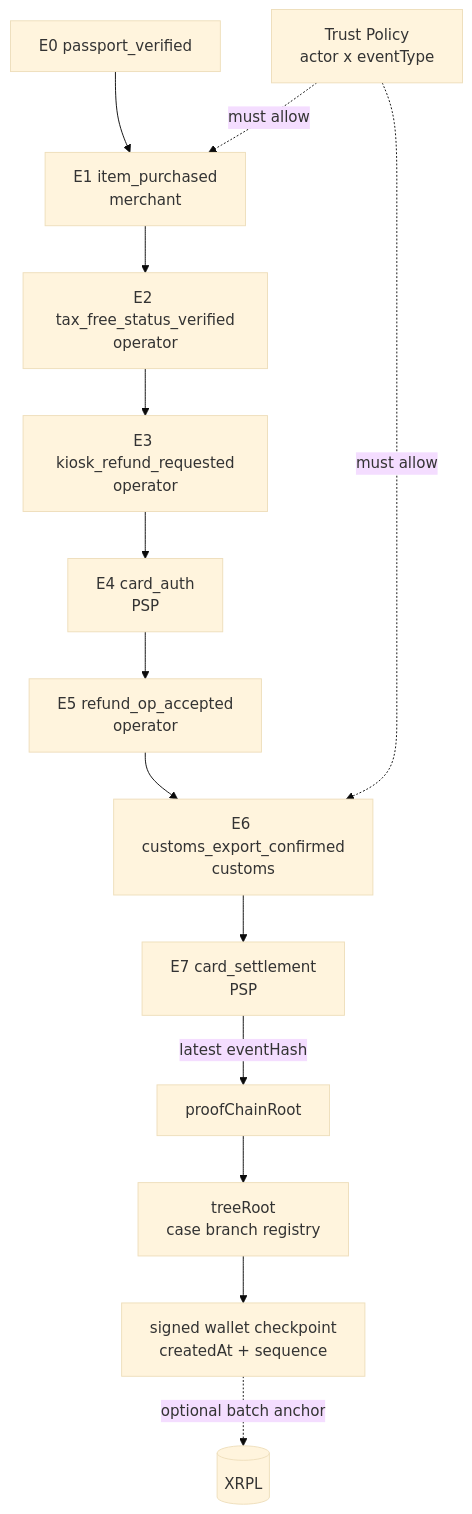
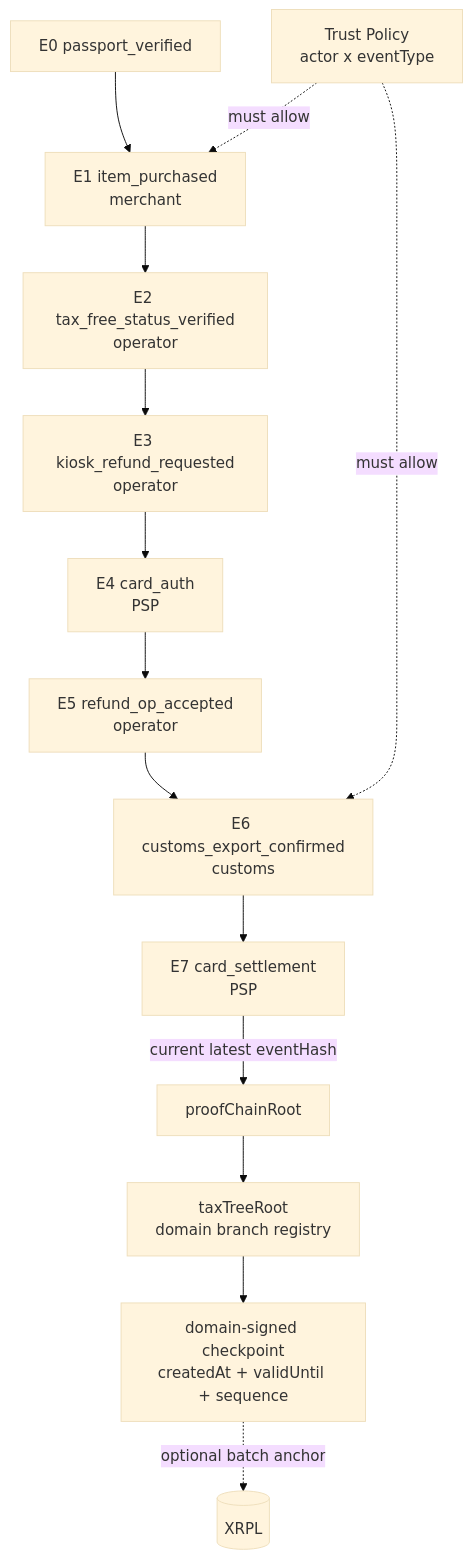
The diagram in docs/plan/phase-4.md (ChainDrifters/XRPL_hackathon), drawn with Mermaid (base theme) before and after one commit. The commit also changed other lines of this file and 4 other files, not shown here.

Commit message:
root/branch tree signing method changes

````diff
--- a/docs/plan/phase-4.md
+++ b/docs/plan/phase-4.md
@@ -29,17 +29,17 @@
 ```mermaid
 flowchart TD
     E0["E0 passport_verified"] --> E1["E1 item_purchased<br/>merchant"]
     E1 --> E2["E2 tax_free_status_verified<br/>operator"]
     E2 --> E3["E3 kiosk_refund_requested<br/>operator"]
     E3 --> E4["E4 card_auth<br/>PSP"]
     E4 --> E5["E5 refund_op_accepted<br/>operator"]
     E5 --> E6["E6 customs_export_confirmed<br/>customs"]
     E6 --> E7["E7 card_settlement<br/>PSP"]
-    E7 -->|"latest eventHash"| CASE_ROOT["proofChainRoot"]
-    CASE_ROOT --> TREE["treeRoot<br/>case branch registry"]
-    TREE --> CKPT["signed wallet checkpoint<br/>createdAt + sequence"]
+    E7 -->|"current latest eventHash"| CASE_ROOT["proofChainRoot"]
+    CASE_ROOT --> TREE["taxTreeRoot<br/>domain branch registry"]
+    TREE --> CKPT["domain-signed checkpoint<br/>createdAt + validUntil + sequence"]
     CKPT -. "optional batch anchor" .-> XRPL[(XRPL)]
 
     POLICY["Trust Policy<br/>actor x eventType"] -. "must allow" .-> E1
     POLICY -. "must allow" .-> E6
 ```
````
